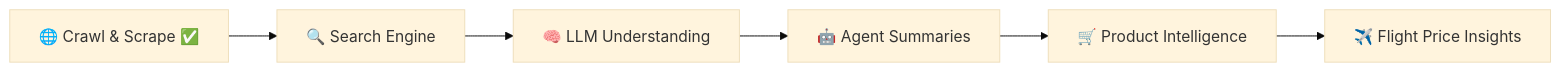
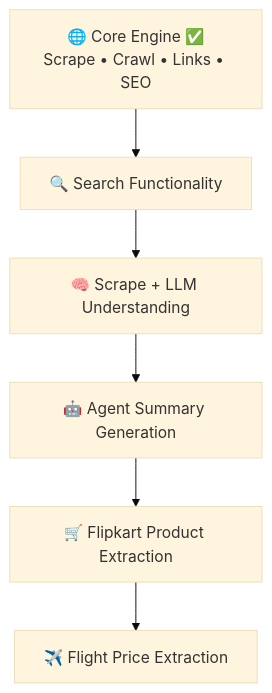
Before and after one commit to jeevabca/new_imp: the diagram in README.md, drawn with Mermaid (base theme). The commit also changed other lines of this file, not shown here.

First line of the commit message:
Revise GcrawlAI roadmap and project vision

````diff
--- a/README.md
+++ b/README.md
@@ -40,8 +3,9 @@
 ```mermaid
-flowchart LR
-    A[🌐 Crawl & Scrape ✅] --> B[🔍 Search Engine]
-    B --> C[🧠 LLM Understanding]
-    C --> D[🤖 Agent Summaries]
-    D --> E[🛒 Product Intelligence]
-    E --> F[✈️ Flight Price Insights]
+flowchart TB
+    A[🌐 Core Engine ✅<br/>Scrape • Crawl • Links • SEO] 
+    --> B[🔍 Search Functionality]
+    --> C[🧠 Scrape + LLM Understanding]
+    --> D[🤖 Agent Summary Generation]
+    --> E[🛒 Flipkart Product Extraction]
+    --> F[✈️ Flight Price Extraction]
 ```
````
